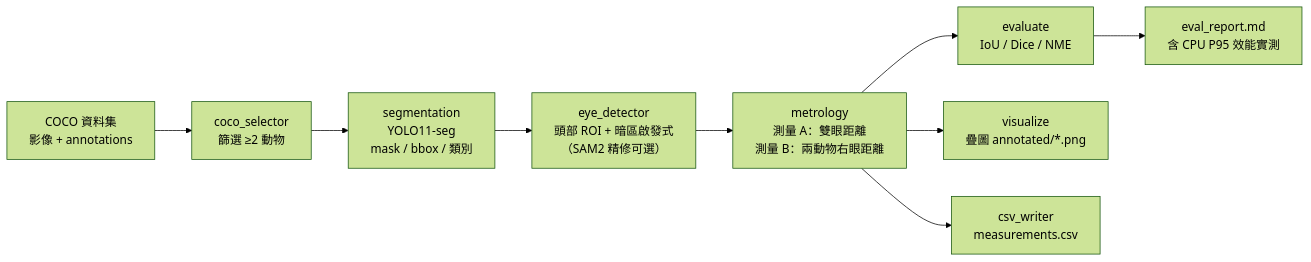
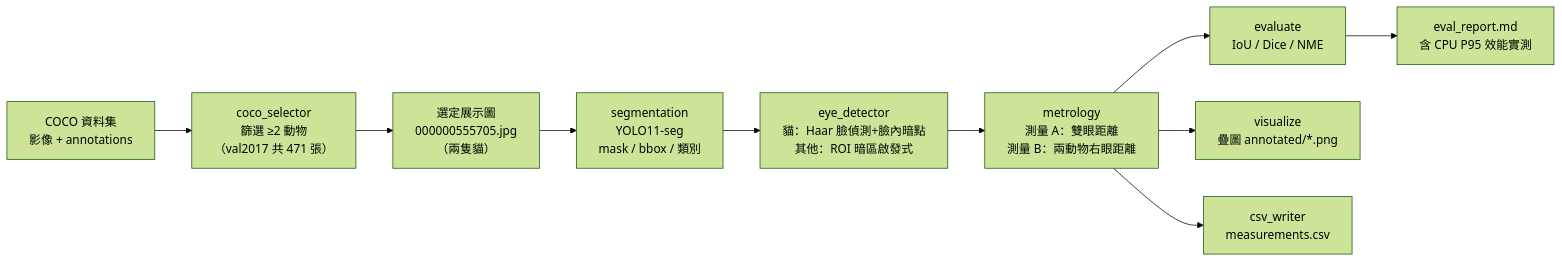
Before and after one commit to JARVIS-coding-Agent/Image_Segmentation_Metrology: the diagram in docs/architecture.md, drawn with Mermaid (forest theme). The commit also changed other lines of this file and 1 other file, not shown here.

First line of the commit message:
docs: update architecture diagram for fixed demo image + cat-face eyes

````diff
--- a/docs/architecture.md
+++ b/docs/architecture.md
@@ -7,11 +7,12 @@
 ```mermaid
 flowchart LR
-    A["COCO 資料集<br/>影像 + annotations"] --> B["coco_selector<br/>篩選 ≥2 動物"]
-    B --> C["segmentation<br/>YOLO11-seg<br/>mask / bbox / 類別"]
-    C --> D["eye_detector<br/>頭部 ROI + 暗區啟發式<br/>（SAM2 精修可選）"]
+    A["COCO 資料集<br/>影像 + annotations"] --> B["coco_selector<br/>篩選 ≥2 動物<br/>（val2017 共 471 張）"]
+    B --> S["選定展示圖<br/>000000555705.jpg<br/>（兩隻貓）"]
+    S --> C["segmentation<br/>YOLO11-seg<br/>mask / bbox / 類別"]
+    C --> D["eye_detector<br/>貓：Haar 臉偵測+臉內暗點<br/>其他：ROI 暗區啟發式"]
     D --> E["metrology<br/>測量 A：雙眼距離<br/>測量 B：兩動物右眼距離"]
     E --> F["evaluate<br/>IoU / Dice / NME"]
     E --> G["visualize<br/>疊圖 annotated/*.png"]
     E --> H["csv_writer<br/>measurements.csv"]
     F --> I["eval_report.md<br/>含 CPU P95 效能實測"]
 ```
````
